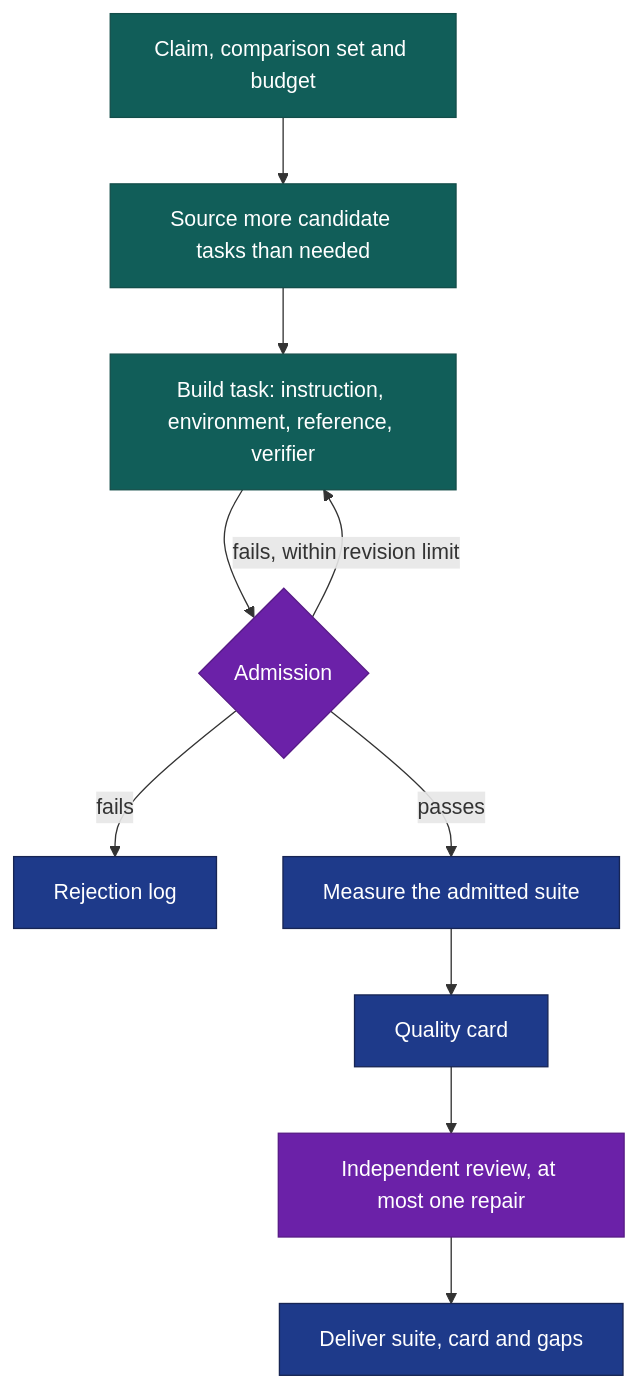
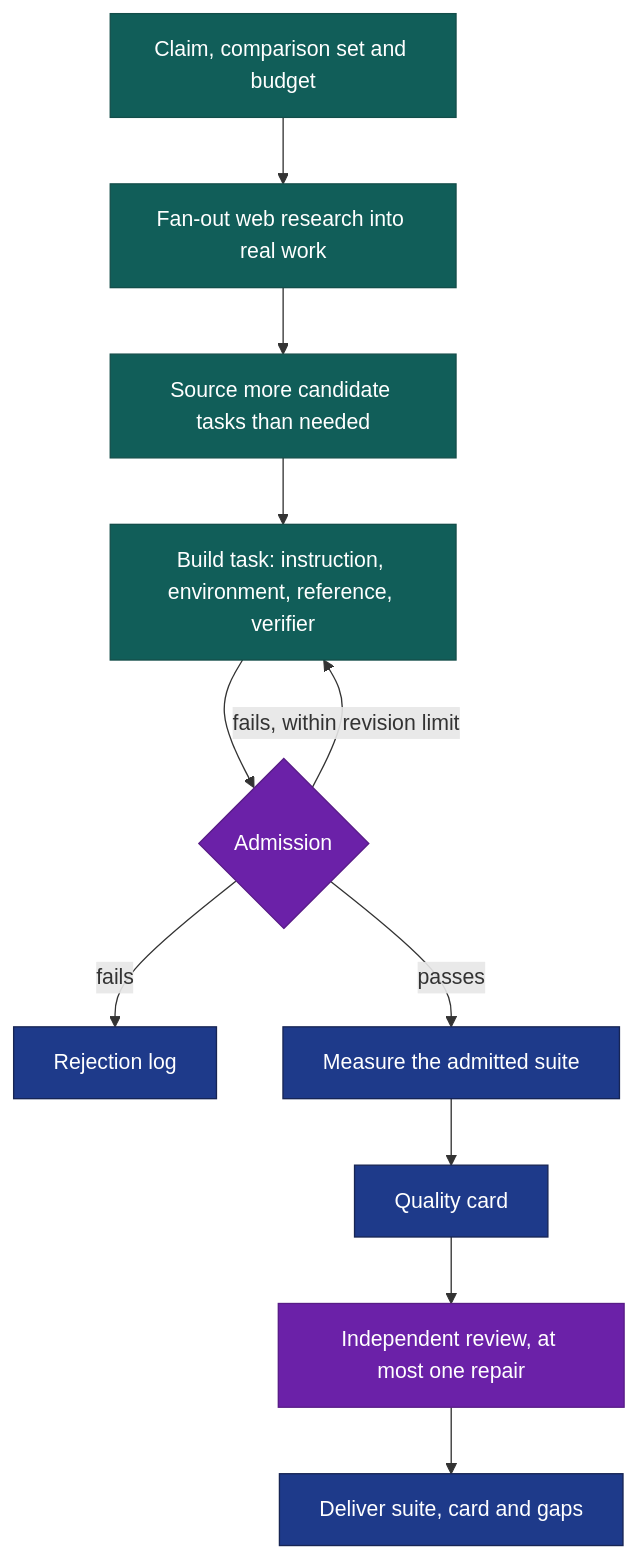
One commit to DanMcInerney/orchflows changed the diagram in example-workflows/benchmaker/README.md. Above: the diagram before and after it, drawn with Mermaid. The commit also changed other lines of this file and 10 other files, not shown here.

First line of the commit message:
Start Benchmaker with goal-guided research into real work

````diff
--- a/example-workflows/benchmaker/README.md
+++ b/example-workflows/benchmaker/README.md
@@ -21,18 +21,19 @@
 ```mermaid
 flowchart TD
-    A["Claim, comparison set and budget"] --> B["Source more candidate tasks than needed"]
+    A["Claim, comparison set and budget"] --> R["Fan-out web research into real work"]
+    R --> B["Source more candidate tasks than needed"]
     B --> C["Build task: instruction, environment, reference, verifier"]
     C --> D{"Admission"}
     D -->|"fails, within revision limit"| C
     D -->|"fails"| X["Rejection log"]
     D -->|"passes"| E["Measure the admitted suite"]
     E --> F["Quality card"]
     F --> G["Independent review, at most one repair"]
     G --> H["Deliver suite, card and gaps"]
     classDef work fill:#115e59,stroke:#134e4a,color:#ffffff;
     classDef evidence fill:#1e3a8a,stroke:#172554,color:#ffffff;
     classDef review fill:#6b21a8,stroke:#581c87,color:#ffffff;
-    class A,B,C work;
+    class A,R,B,C work;
     class D,G review;
     class E,F,H,X evidence;
 ```
````
